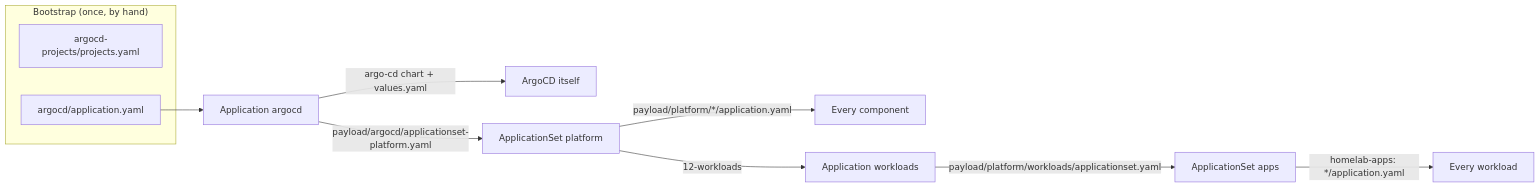
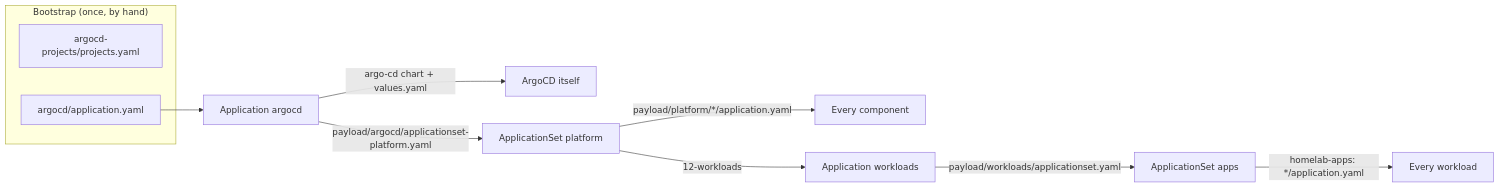
One commit to JanWelker/homelab changed the first of 2 diagrams in docs/architecture/gitops.md. Above: the diagram before and after it, drawn with Mermaid. The commit also changed other lines of this file and 5 other files, not shown here.

First line of the commit message:
refactor(gitops): move the workloads handover out of payload/platform/

````diff
--- a/docs/architecture/gitops.md
+++ b/docs/architecture/gitops.md
@@ -23,15 +23,15 @@
 ```mermaid
 flowchart LR
     subgraph "Bootstrap (once, by hand)"
         PJ[argocd-projects/projects.yaml]
         AA[argocd/application.yaml]
     end
 
     AA --> AR[Application argocd]
     AR --> |"argo-cd chart + values.yaml"| SELF[ArgoCD itself]
     AR --> |"payload/argocd/applicationset-platform.yaml"| AS[ApplicationSet platform]
     AS --> |"payload/platform/*/application.yaml"| INFRA[Every component]
     AS --> |"12-workloads"| WA[Application workloads]
-    WA --> |"payload/platform/workloads/applicationset.yaml"| APPS[ApplicationSet apps]
+    WA --> |"payload/workloads/applicationset.yaml"| APPS[ApplicationSet apps]
     APPS --> |"homelab-apps: */application.yaml"| WL[Every workload]
 ```
````
